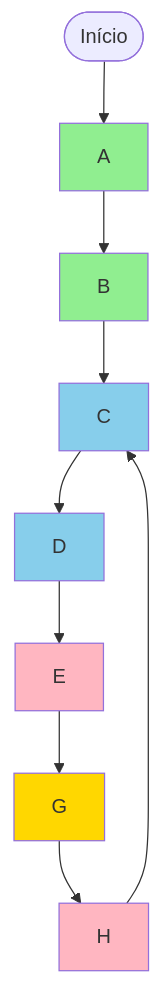
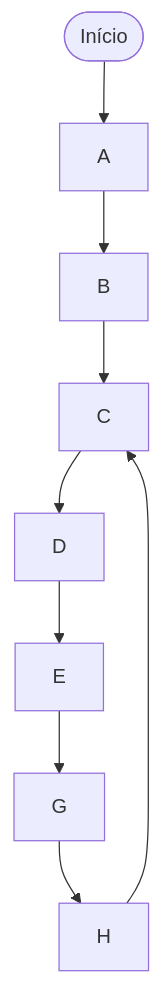
Before and after one commit to ediasv/arq-comp: the diagram in PROGRAM_CALC/README.md, drawn with Mermaid. The commit also changed other lines of this file, not shown here.

````diff
--- a/PROGRAM_CALC/README.md
+++ b/PROGRAM_CALC/README.md
@@ -254,20 +252,11 @@
 ```mermaid
 graph TD
     Start([Início]) --> A
     A[A] --> B[B]
     B --> C[C]
     C --> D[D]
     D --> E[E]
     E --> G[G]
     G --> H[H]
     H --> C
-
-    style A fill:#90EE90
-    style B fill:#90EE90
-    style C fill:#87CEEB
-    style D fill:#87CEEB
-    style E fill:#FFB6C1
-    style G fill:#FFD700
-    style H fill:#FFB6C1
-
 ```
````
